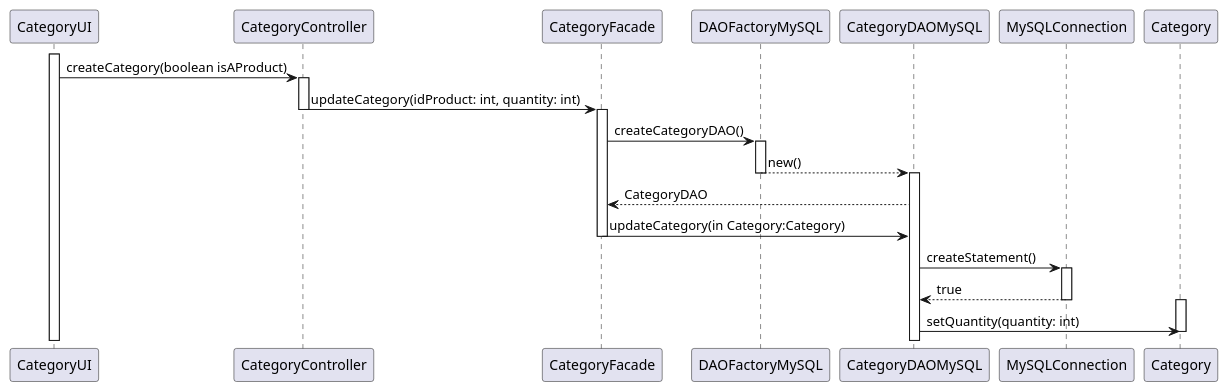
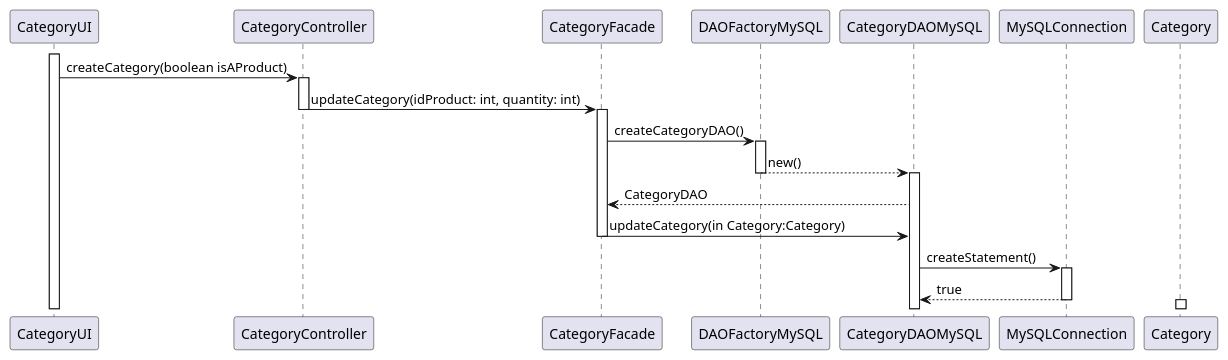
One commit to aymericCOUPRIE/Mercat changed the diagram in Diagramms/CategorySequenceDiagram.puml. Above: the diagram before and after it, drawn with PlantUML. The commit also changed 1 other file, not shown here.

Commit message:
Ajout activate deactivate SignUpDiagram

```diff
--- a/Diagramms/CategorySequenceDiagram.puml
+++ b/Diagramms/CategorySequenceDiagram.puml
@@ -1,24 +1,23 @@
 @startuml
 activate CategoryUI
 CategoryUI -> CategoryController : createCategory(boolean isAProduct)
 activate CategoryController
 CategoryController -> CategoryFacade : updateCategory(idProduct: int, quantity: int)
 deactivate CategoryController
 activate CategoryFacade
 CategoryFacade -> DAOFactoryMySQL : createCategoryDAO()
 activate DAOFactoryMySQL
 DAOFactoryMySQL --> CategoryDAOMySQL: new()
 deactivate DAOFactoryMySQL
 activate CategoryDAOMySQL
 CategoryDAOMySQL --> CategoryFacade: CategoryDAO
 CategoryFacade -> CategoryDAOMySQL : updateCategory(in Category:Category)
 deactivate CategoryFacade
 CategoryDAOMySQL -> MySQLConnection : createStatement()
 activate MySQLConnection
 MySQLConnection --> CategoryDAOMySQL: true
 deactivate MySQLConnection
 activate Category
-CategoryDAOMySQL -> Category : setQuantity(quantity: int)
 deactivate Category
 deactivate CategoryFacade
 @enduml
```
